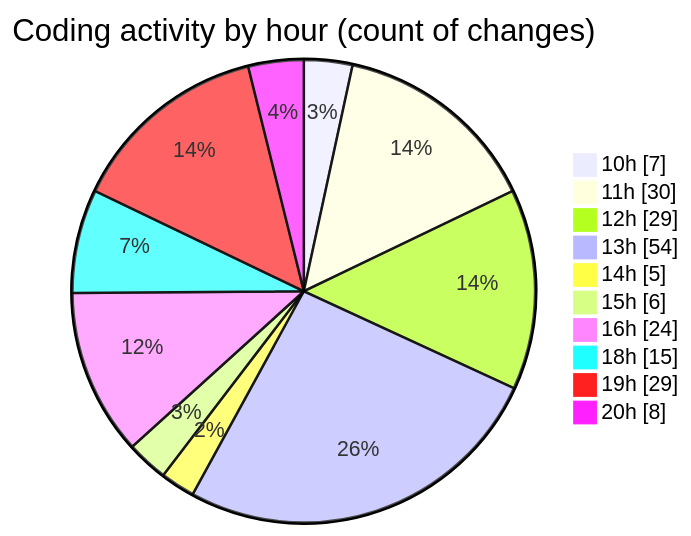
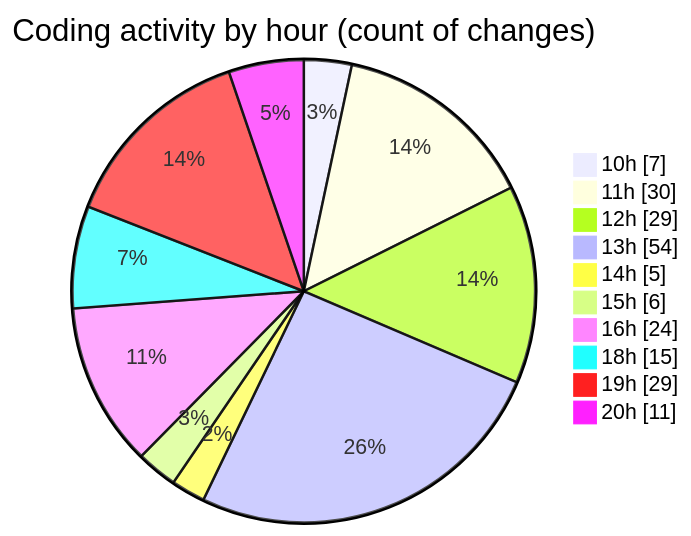
The second of 2 diagrams in 2025-06-26/cda/README.md (momahboobian/code-tracking), drawn with Mermaid before and after one commit. The commit also changed other lines of this file and 1 other file, not shown here.

````diff
--- a/2025-06-26/cda/README.md
+++ b/2025-06-26/cda/README.md
@@ -45,14 +45,14 @@
 ```mermaid
 pie showData
 title Coding activity by hour (count of changes)
 "10h" : 7
 "11h" : 30
 "12h" : 29
 "13h" : 54
 "14h" : 5
 "15h" : 6
 "16h" : 24
 "18h" : 15
 "19h" : 29
-"20h" : 8
+"20h" : 11
 ```
````
